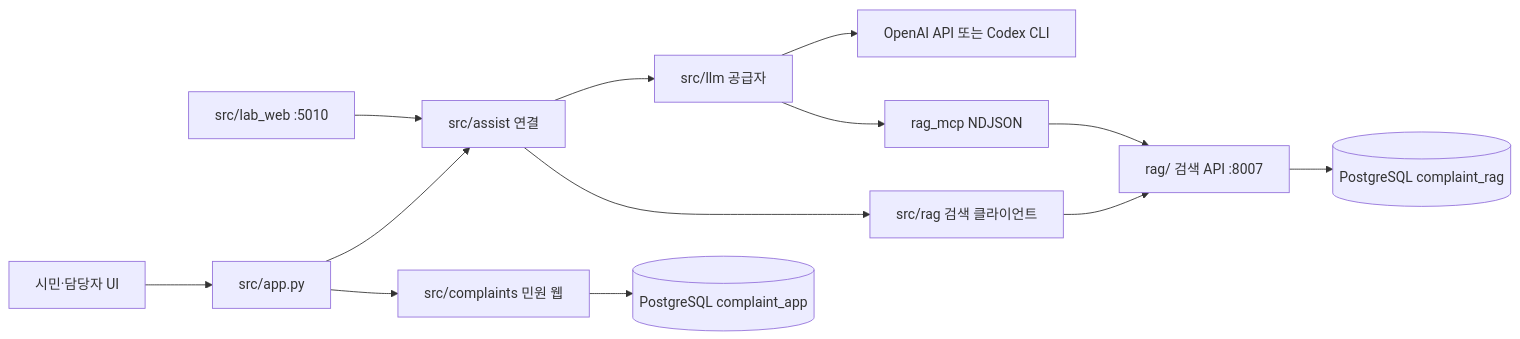
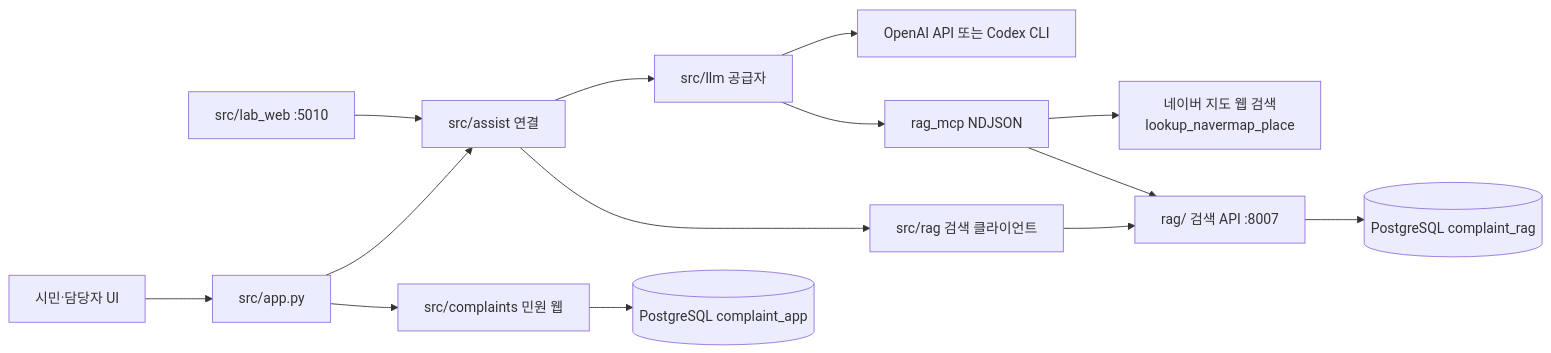
Before and after one commit to hy040504/ai-complaint-process: the diagram in src/README.md, drawn with Mermaid. The commit also changed other lines of this file and 15 other files, not shown here.

First line of the commit message:
네이버 지도 비로그인 장소 추적 MCP 도구 추가 및 캐시·주석 최적화 (CASE-078, CASE-079)

````diff
--- a/src/README.md
+++ b/src/README.md
@@ -42,15 +42,16 @@
 ```mermaid
 flowchart LR
     LAB[src/lab_web :5010] --> A[src/assist 연결]
     UI[시민·담당자 UI] --> APP[src/app.py]
     APP --> W[src/complaints 민원 웹]
     APP --> A
     A --> R[src/rag 검색 클라이언트]
     A --> L[src/llm 공급자]
     L --> MCP[rag_mcp NDJSON]
     W --> APPDB[(PostgreSQL complaint_app)]
     R --> S[rag/ 검색 API :8007]
     MCP --> S
+    MCP --> N[네이버 지도 웹 검색<br/>lookup_navermap_place]
     S --> PG[(PostgreSQL complaint_rag)]
     L --> M[OpenAI API 또는 Codex CLI]
 ```
````
